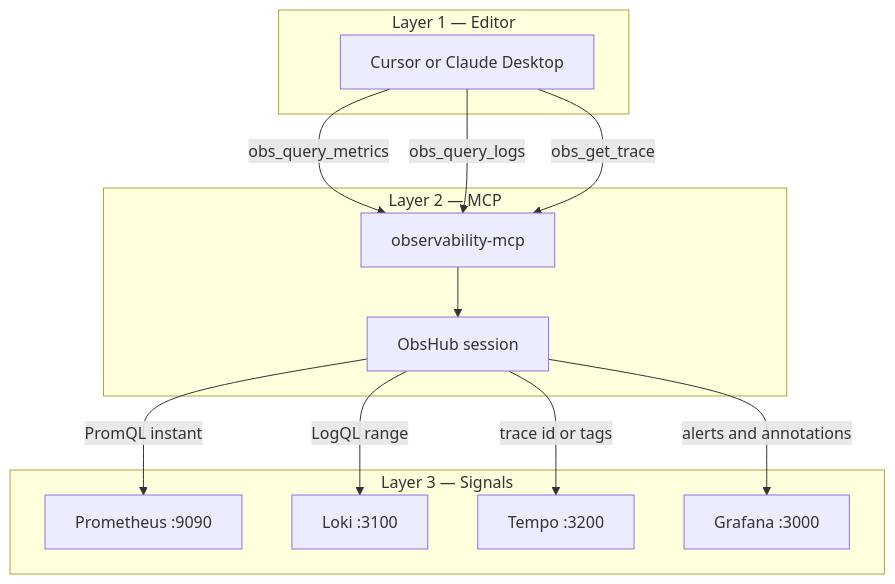
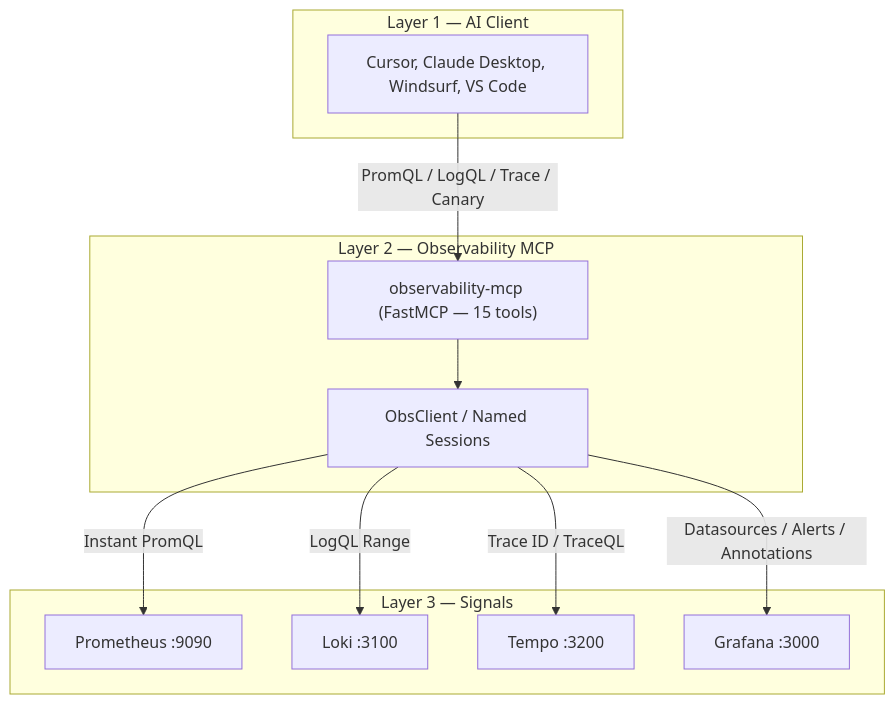
One commit to Pawangunjkar/observability-mcp changed the first of 2 diagrams in README.md. Above: the diagram before and after it, drawn with Mermaid. The commit also changed other lines of this file and 12 other files, not shown here.

Commit message:
refactor: move observability_mcp into src/ and clean README and configs

````diff
--- a/README.md
+++ b/README.md
@@ -32,27 +24,25 @@
 ```mermaid
 flowchart TB
-  subgraph L1["Layer 1 — Editor"]
-    IDE["Cursor or Claude Desktop"]
+  subgraph L1["Layer 1 — AI Client"]
+    IDE["Cursor, Claude Desktop, Windsurf, VS Code"]
   end
 
-  subgraph L2["Layer 2 — MCP"]
-    SRV["observability-mcp"]
-    HUB["ObsHub session"]
+  subgraph L2["Layer 2 — Observability MCP"]
+    SRV["observability-mcp (FastMCP — 15 tools)"]
+    HUB["ObsClient / Named Sessions"]
   end
 
   subgraph L3["Layer 3 — Signals"]
     P["Prometheus :9090"]
     L["Loki :3100"]
     T["Tempo :3200"]
     G["Grafana :3000"]
   end
 
-  IDE -->|"obs_query_metrics"| SRV
-  IDE -->|"obs_query_logs"| SRV
-  IDE -->|"obs_get_trace"| SRV
+  IDE -->|"PromQL / LogQL / Trace / Canary"| SRV
   SRV --> HUB
-  HUB -->|"PromQL instant"| P
-  HUB -->|"LogQL range"| L
-  HUB -->|"trace id or tags"| T
-  HUB -->|"alerts and annotations"| G
+  HUB -->|"Instant PromQL"| P
+  HUB -->|"LogQL Range"| L
+  HUB -->|"Trace ID / TraceQL"| T
+  HUB -->|"Datasources / Alerts / Annotations"| G
 ```
````
